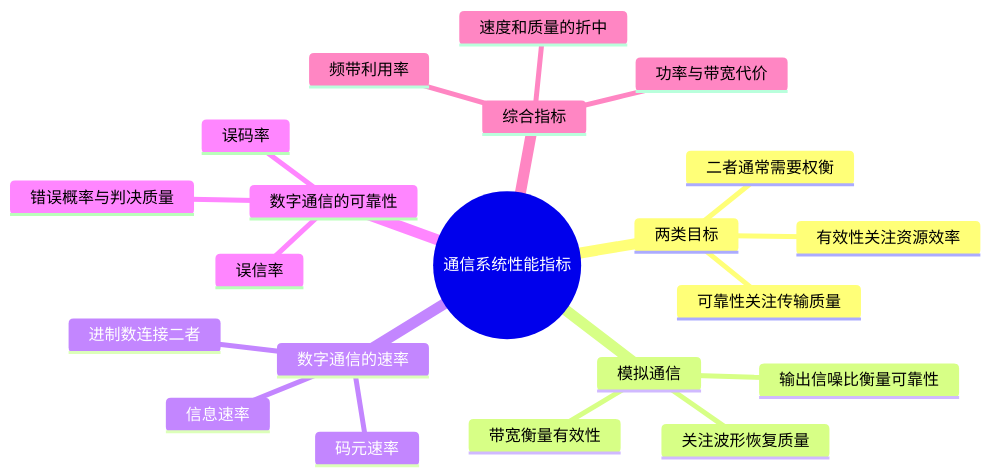
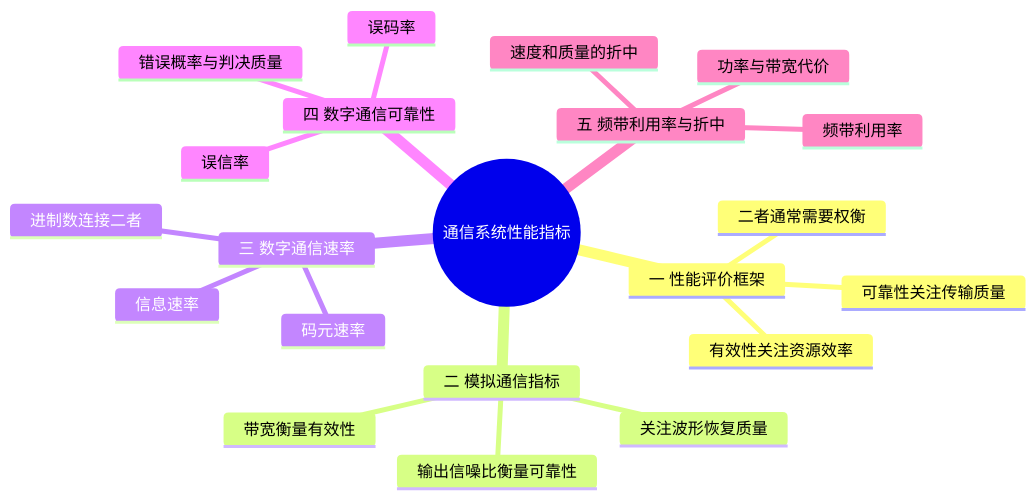
Before and after one commit to 3280441136-lab/My_Obsidian_Notes: the diagram in 学习/学校课程/通信原理（3学分）/04 第4课 通信系统的性能指标.md, drawn with Mermaid. The commit also changed 11 other files, not shown here.

````diff
--- a/学习/学校课程/通信原理（3学分）/04 第4课 通信系统的性能指标.md
+++ b/学习/学校课程/通信原理（3学分）/04 第4课 通信系统的性能指标.md
@@ -5,24 +5,24 @@
 ```mermaid
 mindmap
   root((通信系统性能指标))
-    两类目标
+    一 性能评价框架
       有效性关注资源效率
       可靠性关注传输质量
       二者通常需要权衡
-    模拟通信
+    二 模拟通信指标
       带宽衡量有效性
       输出信噪比衡量可靠性
       关注波形恢复质量
-    数字通信的速率
+    三 数字通信速率
       码元速率
       信息速率
       进制数连接二者
-    数字通信的可靠性
+    四 数字通信可靠性
       误码率
       误信率
       错误概率与判决质量
-    综合指标
+    五 频带利用率与折中
       频带利用率
       功率与带宽代价
       速度和质量的折中
 ```
````
